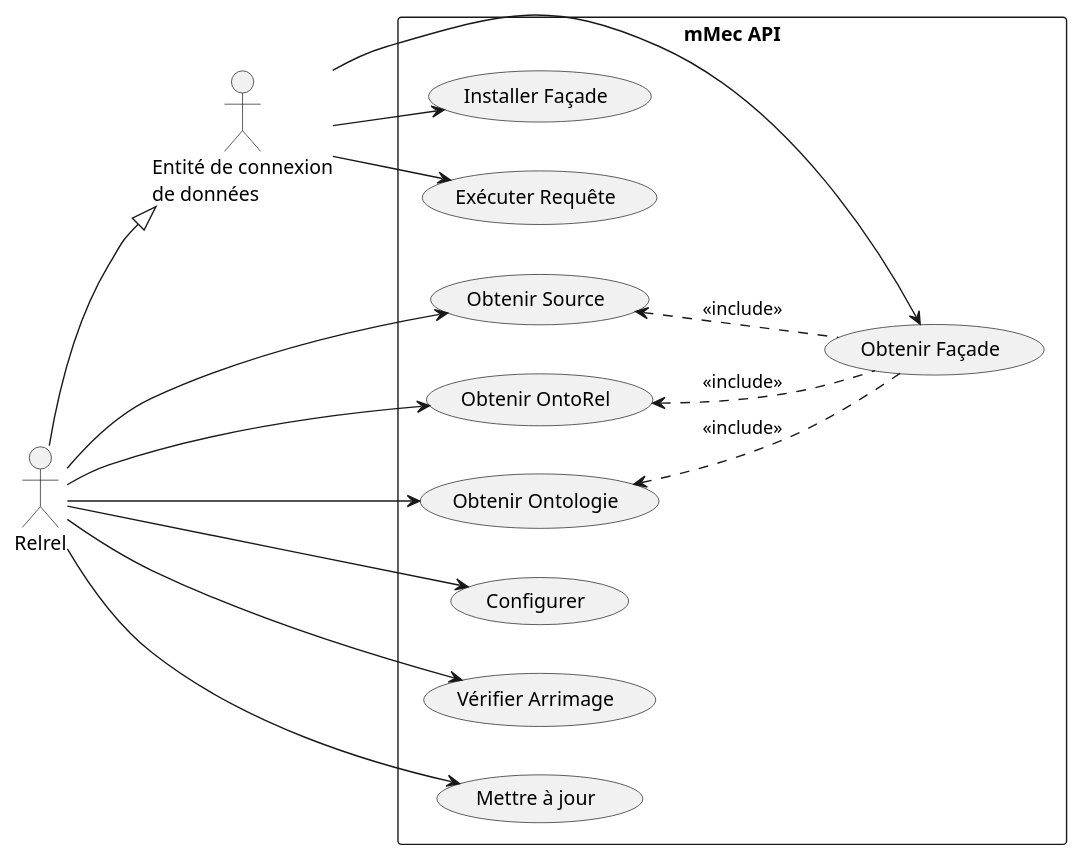
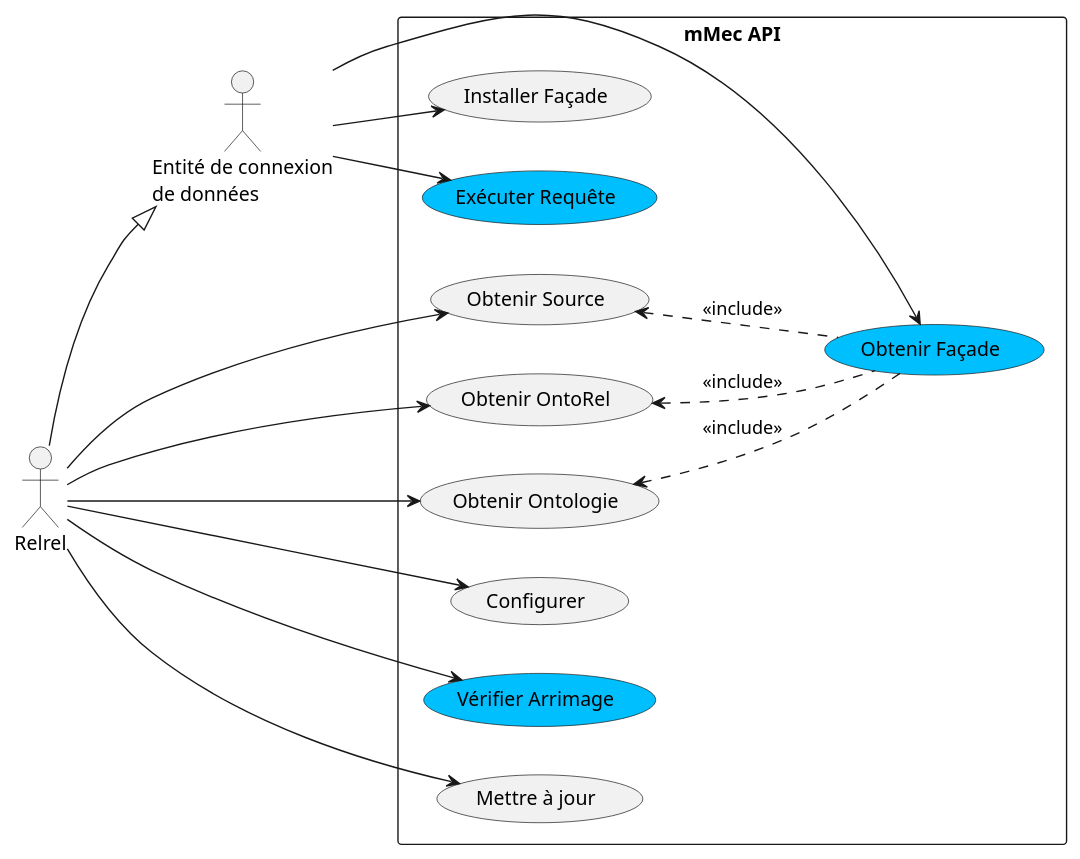
One commit to samdus/mmec-library changed the first of 4 diagrams in doc/conception.adoc. Above: the diagram before and after it, drawn with PlantUML. The commit also changed other lines of this file and 8 other files, not shown here.

```diff
--- a/doc/conception.adoc
+++ b/doc/conception.adoc
@@ -23,40 +26,40 @@
 [plantuml, cas-utilisation, svg]
 ----
 @startuml
 
 left to right direction
 
 actor "Entité de connexion\nde données" as ecd
 actor "Relrel" as relrel
 
 rectangle "mMec API" {
-    usecase "Obtenir Façade" as getFacade
+    usecase "Obtenir Façade" as getFacade #DeepSkyBlue
     usecase "Installer Façade" as installFacade
-    usecase "Exécuter Requête" as req
+    usecase "Exécuter Requête" as req #DeepSkyBlue
     usecase "Configurer" as config
     usecase "Obtenir OntoRel" as getOntoRel
     usecase "Obtenir Ontologie" as getOnto
     usecase "Obtenir Source" as getSrc
-    usecase "Vérifier Arrimage" as checkArr
+    usecase "Vérifier Arrimage" as checkArr #DeepSkyBlue
     usecase "Mettre à jour" as update
 
     relrel -down-|> ecd
 
     ecd --> getFacade
     ecd --> installFacade
     ecd --> req
 
     relrel --> config
     relrel --> getOntoRel
     relrel --> getOnto
     relrel --> getSrc
     relrel --> checkArr
     relrel --> update
 
     getFacade .up.> getOnto : <<include>>
     getFacade .up.> getOntoRel : <<include>>
     getFacade .up.> getSrc : <<include>>
 }
 
 @enduml
 ----
```
